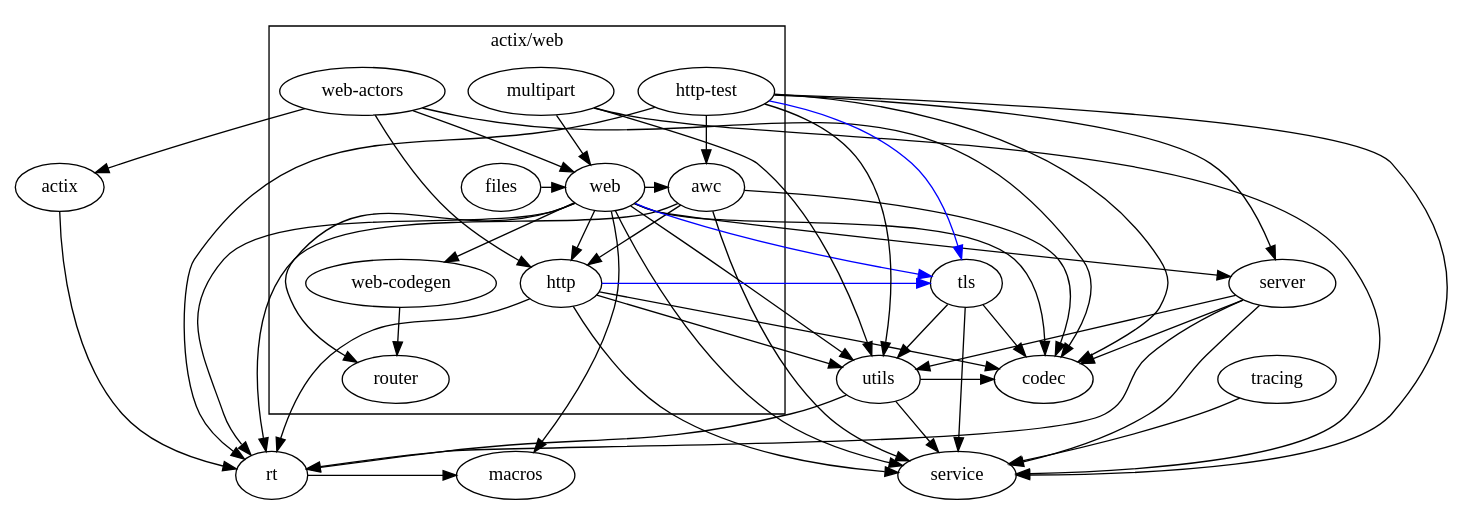
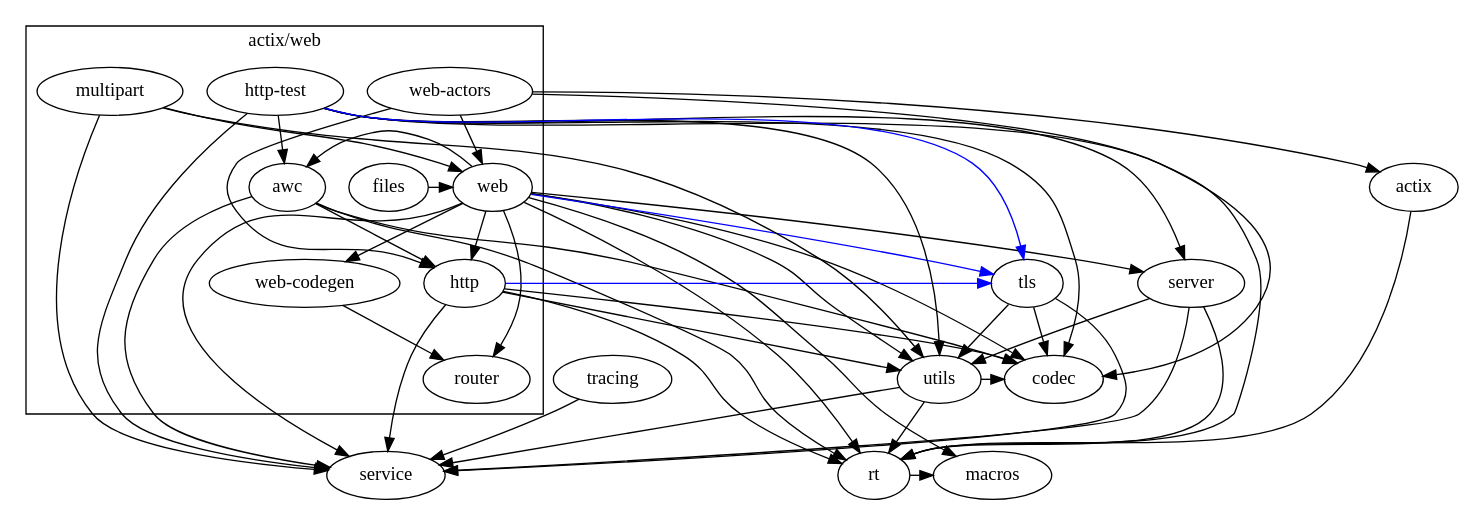
One commit to Cherry-Pooh/actix-web changed the diagram in docs/graphs/web-focus.dot. Above: the diagram before and after it, drawn with Graphviz. The commit also changed 7 other files, not shown here.

```diff
--- a/docs/graphs/web-focus.dot
+++ b/docs/graphs/web-focus.dot
@@ -1,46 +1,46 @@
 digraph {
     subgraph cluster_web {
         label="actix/web"
 
         "awc"
         "web"
         "files"
         "http"
         "multipart"
         "web-actors"
         "web-codegen"
         "http-test"
         "router"
 
         { rank=same; "multipart" "web-actors" "http-test" };
         { rank=same; "files" "awc" "web" };
         { rank=same; "web-codegen" "http" };
     }
 
     "web" -> { "codec" "service" "utils" "router" "rt" "server" "macros" "web-codegen" "http" "awc" }
     "web" -> { "tls" }[color=blue] // optional
     "web-codegen" -> { "router" }
     "awc" -> { "codec" "service" "http" "rt" }
     "web-actors" -> { "actix" "web" "http" "codec" }
     "multipart" -> { "web" "service" "utils" }
     "http" -> { "service" "codec" "utils" "rt" }
     "http" -> { "tls" }[color=blue] // optional
     "files" -> { "web" }
     "http-test" -> { "service" "codec" "utils" "rt" "server" "awc" }
     "http-test" -> { "tls" }[color=blue] // optional
 
     // net
 
     "utils" -> { "service" "rt" "codec" }
     "tracing" -> { "service" }
     "tls" -> { "service" "codec" "utils" }
-    "server" -> { "service" "rt" "codec" "utils" }
+    "server" -> { "service" "rt" "utils" }
     "rt" -> { "macros" }
 
     { rank=same; "utils" "codec" };
     { rank=same; "rt" "macros" "service" };
 
     // actix
 
     "actix" -> { "rt" }
 }
```
